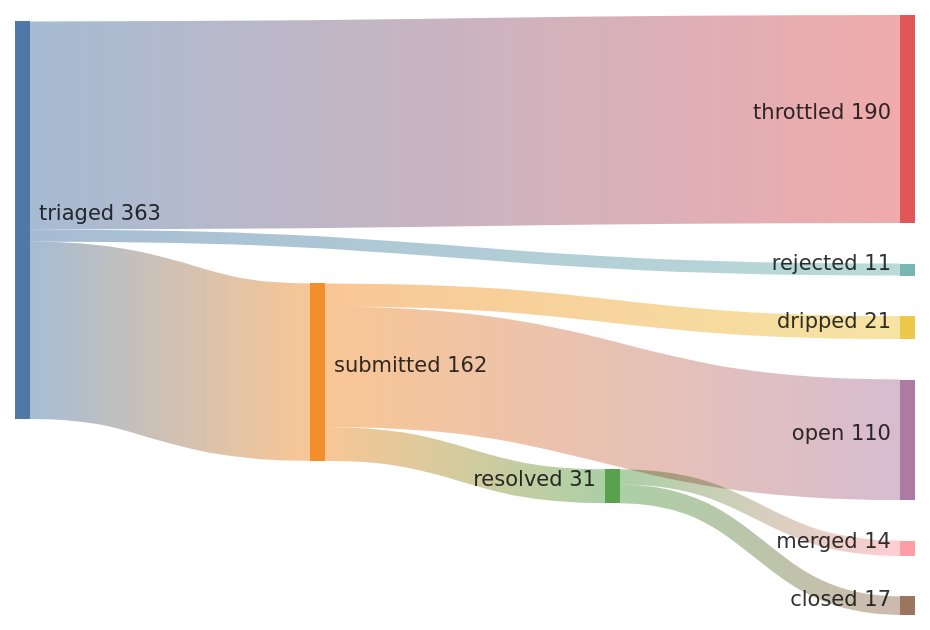
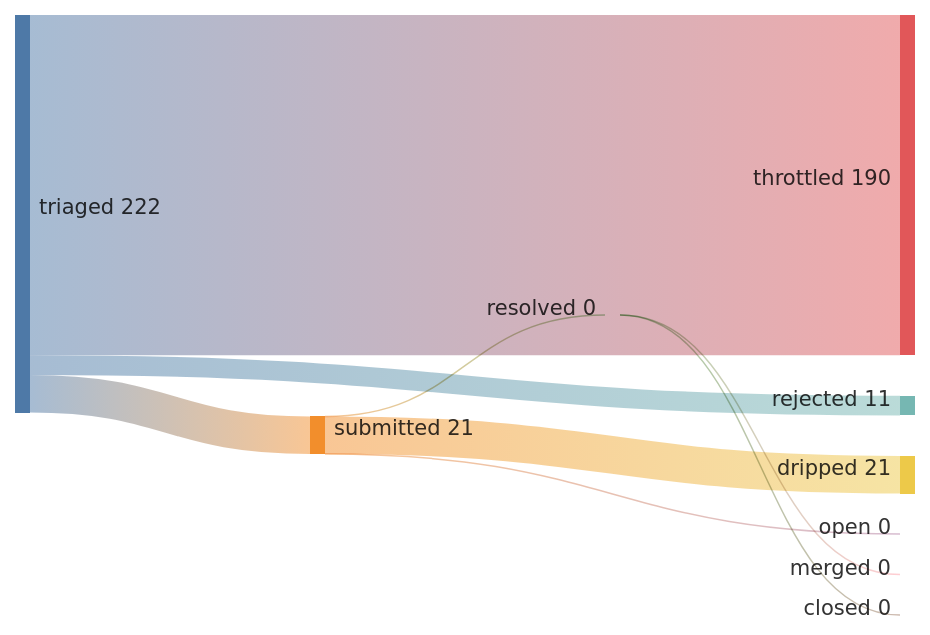
The diagram in README.md (kimjune01/kimjune01), drawn with Mermaid before and after one commit. The commit also changed other lines of this file, not shown here.

Commit message:
stats: 0/0 = 0% (01:45 UTC)

````diff
--- a/README.md
+++ b/README.md
@@ -3,11 +3,11 @@
 ```mermaid
 sankey-beta
-    triaged,    submitted, 162
+    triaged,    submitted, 21
     triaged,    throttled, 190
     triaged,    rejected,  11
-    submitted,  resolved,  31
+    submitted,  resolved,  0
     submitted,  dripped,   21
-    submitted,  open,      110
-    resolved,   merged,    14
-    resolved,   closed,    17
+    submitted,  open,      0
+    resolved,   merged,    0
+    resolved,   closed,    0
 ```
````
